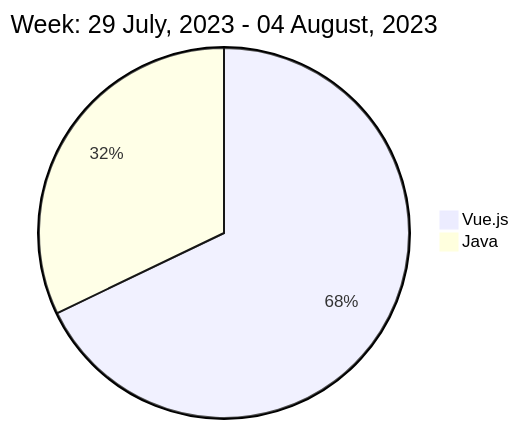
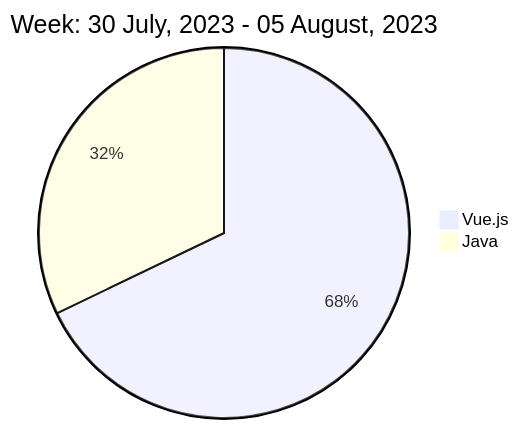
One commit to liubin95/liubin95 changed the diagram in README.md. Above: the diagram before and after it, drawn with Mermaid.

Commit message:
Updated the Graph with new Metrics

````diff
--- a/README.md
+++ b/README.md
@@ -40,6 +40,6 @@
 ```mermaid
  pie
-title Week: 29 July, 2023 - 04 August, 2023
+title Week: 30 July, 2023 - 05 August, 2023
  "Vue.js" : 3.0
  "Java" : 1.42
 ```
````
